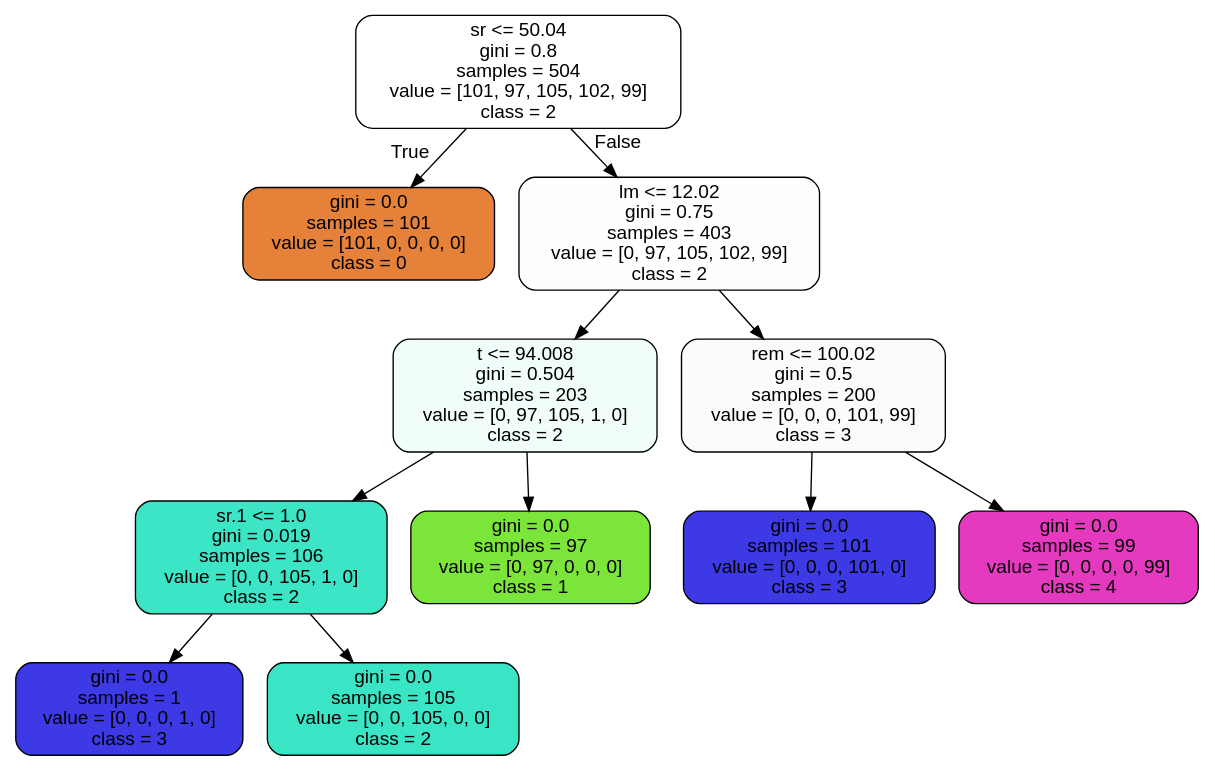
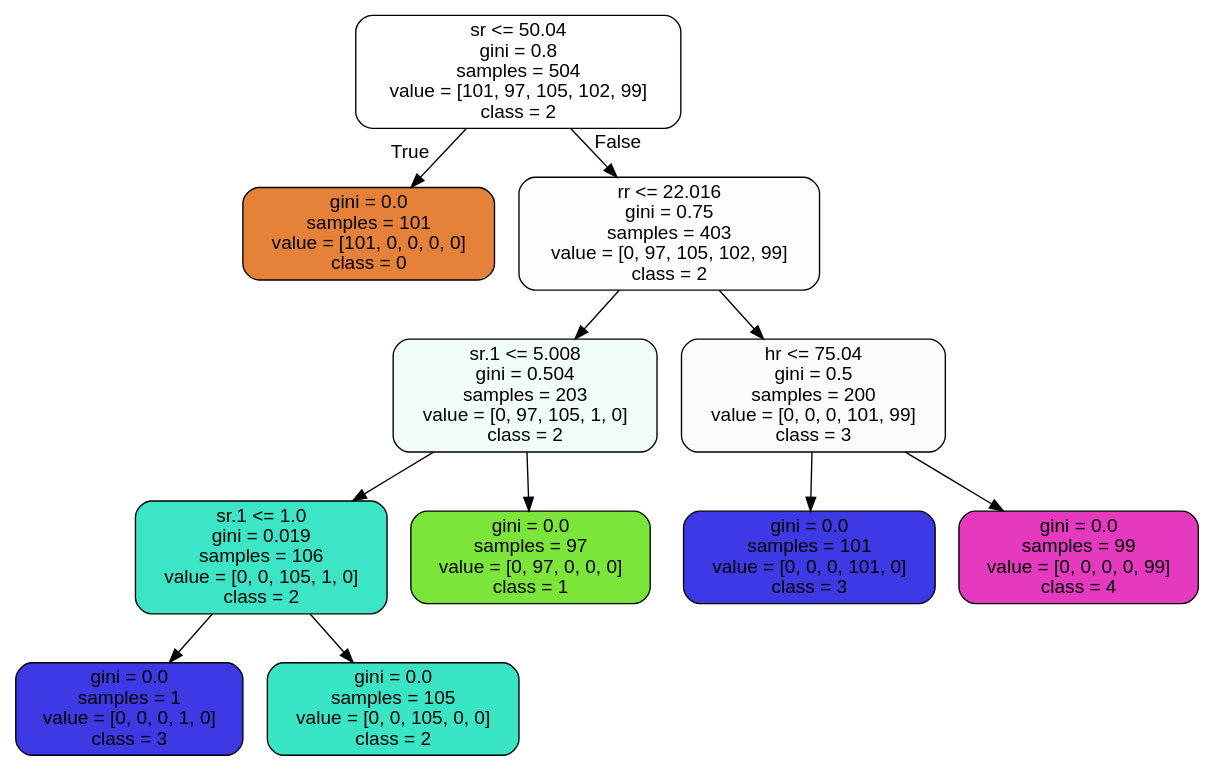
The diagram in stress_tree.dot (Ann1s4/TugasMachineLearning_E1E122003), drawn with Graphviz before and after one commit. The commit also changed 3 other files, not shown here.

```diff
--- a/stress_tree.dot
+++ b/stress_tree.dot
@@ -1,25 +1,25 @@
 digraph Tree {
 node [shape=box, style="filled, rounded", color="black", fontname="helvetica"] ;
 edge [fontname="helvetica"] ;
 0 [label="sr <= 50.04\ngini = 0.8\nsamples = 504\nvalue = [101, 97, 105, 102, 99]\nclass = 2", fillcolor="#feffff"] ;
 1 [label="gini = 0.0\nsamples = 101\nvalue = [101, 0, 0, 0, 0]\nclass = 0", fillcolor="#e58139"] ;
 0 -> 1 [labeldistance=2.5, labelangle=45, headlabel="True"] ;
-2 [label="lm <= 12.02\ngini = 0.75\nsamples = 403\nvalue = [0, 97, 105, 102, 99]\nclass = 2", fillcolor="#fdfffe"] ;
+2 [label="rr <= 22.016\ngini = 0.75\nsamples = 403\nvalue = [0, 97, 105, 102, 99]\nclass = 2", fillcolor="#fdfffe"] ;
 0 -> 2 [labeldistance=2.5, labelangle=-45, headlabel="False"] ;
-3 [label="t <= 94.008\ngini = 0.504\nsamples = 203\nvalue = [0, 97, 105, 1, 0]\nclass = 2", fillcolor="#f0fdfb"] ;
+3 [label="sr.1 <= 5.008\ngini = 0.504\nsamples = 203\nvalue = [0, 97, 105, 1, 0]\nclass = 2", fillcolor="#f0fdfb"] ;
 2 -> 3 ;
 4 [label="sr.1 <= 1.0\ngini = 0.019\nsamples = 106\nvalue = [0, 0, 105, 1, 0]\nclass = 2", fillcolor="#3be5c6"] ;
 3 -> 4 ;
 5 [label="gini = 0.0\nsamples = 1\nvalue = [0, 0, 0, 1, 0]\nclass = 3", fillcolor="#3c39e5"] ;
 4 -> 5 ;
 6 [label="gini = 0.0\nsamples = 105\nvalue = [0, 0, 105, 0, 0]\nclass = 2", fillcolor="#39e5c5"] ;
 4 -> 6 ;
 7 [label="gini = 0.0\nsamples = 97\nvalue = [0, 97, 0, 0, 0]\nclass = 1", fillcolor="#7be539"] ;
 3 -> 7 ;
-8 [label="rem <= 100.02\ngini = 0.5\nsamples = 200\nvalue = [0, 0, 0, 101, 99]\nclass = 3", fillcolor="#fbfbfe"] ;
+8 [label="hr <= 75.04\ngini = 0.5\nsamples = 200\nvalue = [0, 0, 0, 101, 99]\nclass = 3", fillcolor="#fbfbfe"] ;
 2 -> 8 ;
 9 [label="gini = 0.0\nsamples = 101\nvalue = [0, 0, 0, 101, 0]\nclass = 3", fillcolor="#3c39e5"] ;
 8 -> 9 ;
 10 [label="gini = 0.0\nsamples = 99\nvalue = [0, 0, 0, 0, 99]\nclass = 4", fillcolor="#e539c0"] ;
 8 -> 10 ;
 }
```
